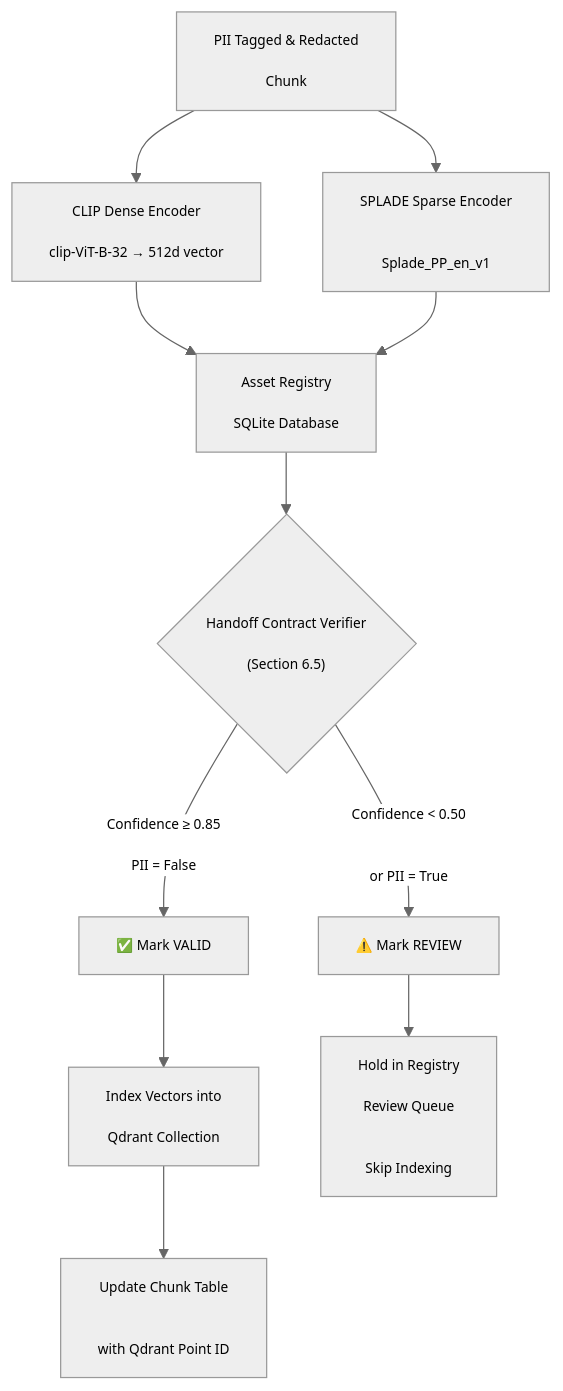
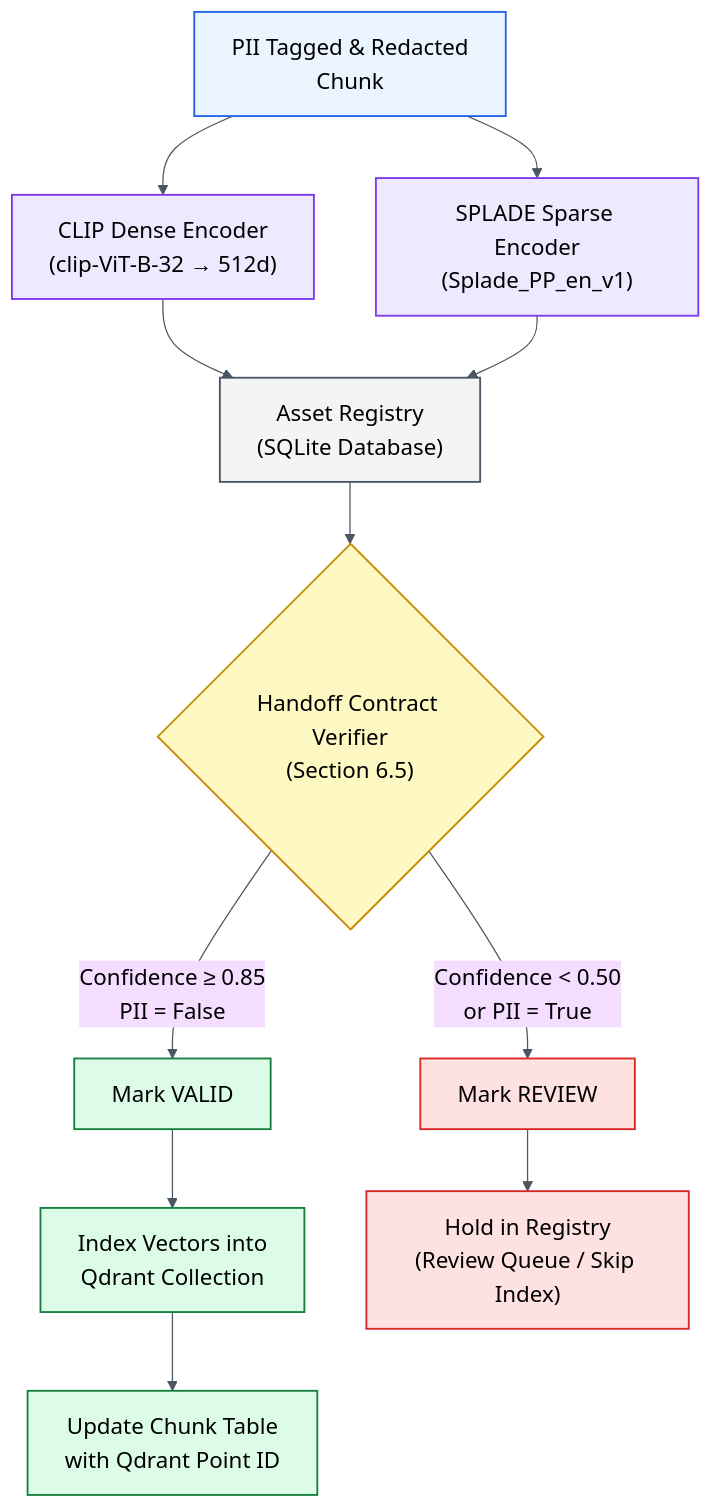
One commit to the-write-path-code/ch06-multimodal-perception changed the second of 2 diagrams in workflow/Figure 6-1 and 2.md. Above: the diagram before and after it, drawn with Mermaid. The commit also changed other lines of this file and 1 other file, not shown here.

Commit message:
Optimize workflow diagrams for Wiley-IEEE production standards

````diff
--- a/workflow/Figure 6-1 and 2.md
+++ b/workflow/Figure 6-1 and 2.md
@@ -54,49 +46,35 @@
 ```mermaid
-%%{init: {"theme": "neutral", "themeVariables": {"fontFamily": "Arial, Helvetica, sans-serif", "fontSize": "11px", "actorFontSize": "11px", "noteFontSize": "10px", "messageFontSize": "10px"}}}%%
+%%{init: {"theme": "base", "themeVariables": {"fontFamily": "Arial, Helvetica, sans-serif", "fontSize": "18px", "primaryTextColor": "#000000", "lineColor": "#4B5563"}}}%%
+flowchart TD
+    CHUNK["PII Tagged & Redacted<br/>Chunk"]
 
-flowchart TD
-    CHUNK["PII Tagged & Redacted
+    CHUNK --> CLIP["CLIP Dense Encoder<br/>(clip-ViT-B-32 → 512d)"]
+    CHUNK --> SPLADE["SPLADE Sparse Encoder<br/>(Splade_PP_en_v1)"]
 
-Chunk"]
+    CLIP --> REG["Asset Registry<br/>(SQLite Database)"]
+    SPLADE --> REG
 
-CHUNK --> CLIP["CLIP Dense Encoder
+    REG --> VERIFY{"Handoff Contract Verifier<br/>(Section 6.5)"}
 
-clip-ViT-B-32 → 512d vector"]
-CHUNK --> SPLADE["SPLADE Sparse Encoder
+    VERIFY -->|"Confidence ≥ 0.85<br/>PII = False"| VALID["Mark VALID"]
+    VERIFY -->|"Confidence < 0.50<br/>or PII = True"| REVIEW["Mark REVIEW"]
 
+    VALID --> INDEX["Index Vectors into<br/>Qdrant Collection"]
+    INDEX --> UPDATE["Update Chunk Table<br/>with Qdrant Point ID"]
 
-Splade_PP_en_v1"]
+    REVIEW --> HOLD["Hold in Registry<br/>(Review Queue / Skip Index)"]
 
-CLIP --> REG["Asset Registry
+    classDef chunk fill:#EBF5FF,stroke:#2563EB,color:#000000,stroke-width:1.5px
+    classDef enc fill:#EDE9FE,stroke:#7C3AED,color:#000000,stroke-width:1.5px
+    classDef reg fill:#F3F4F6,stroke:#4B5563,color:#000000,stroke-width:1.5px
+    classDef verify fill:#FEF9C3,stroke:#CA8A04,color:#000000,stroke-width:1.5px
+    classDef pass fill:#DCFCE7,stroke:#15803D,color:#000000,stroke-width:1.5px
+    classDef warn fill:#FEE2E2,stroke:#DC2626,color:#000000,stroke-width:1.5px
 
-SQLite Database"]
-SPLADE --> REG
-
-REG --> VERIFY{"Handoff Contract Verifier
-
-(Section 6.5)"}
-
-VERIFY -->|"Confidence ≥ 0.85
-
-PII = False"| VALID["✅ Mark VALID"]
-VERIFY -->|"Confidence < 0.50
-
-
-or PII = True"| REVIEW["⚠️ Mark REVIEW"]
-
-VALID --> INDEX["Index Vectors into
-
-Qdrant Collection"]
-INDEX --> UPDATE["Update Chunk Table
-
-
-with Qdrant Point ID"]
-
-REVIEW --> HOLD["Hold in Registry
-
-Review Queue
-
-
-Skip Indexing"]
-
+    class CHUNK chunk
+    class CLIP,SPLADE enc
+    class REG reg
+    class VERIFY verify
+    class VALID,INDEX,UPDATE pass
+    class REVIEW,HOLD warn
 ```
````
